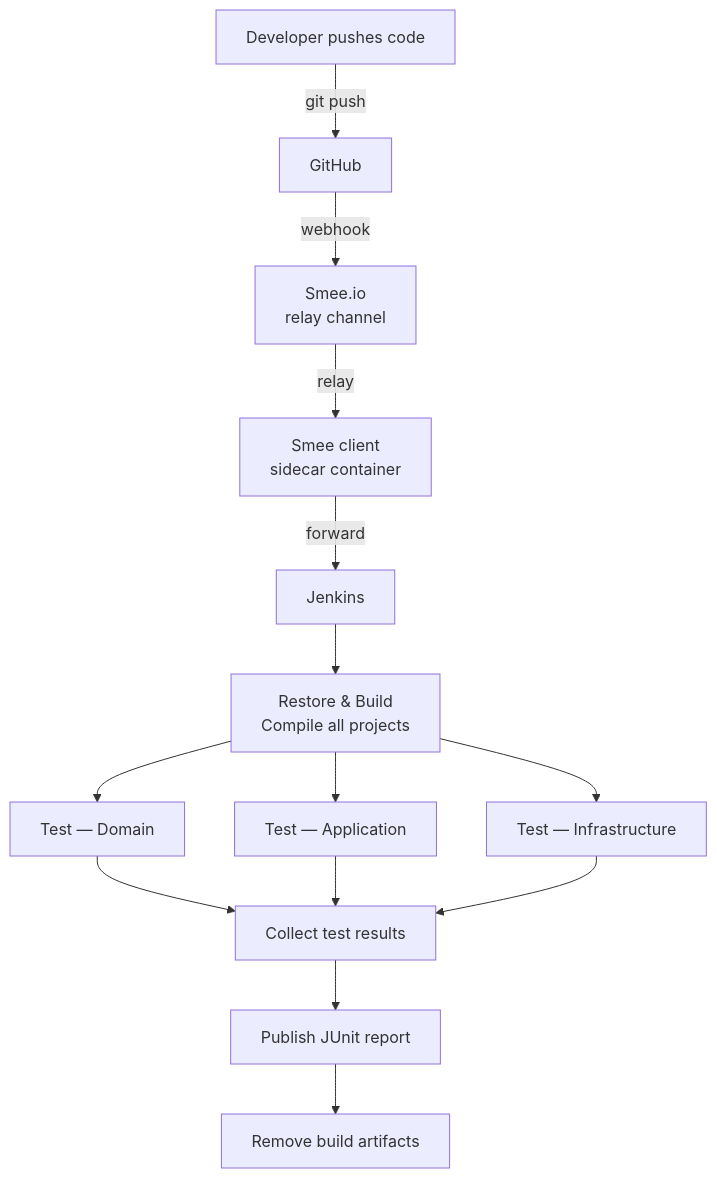
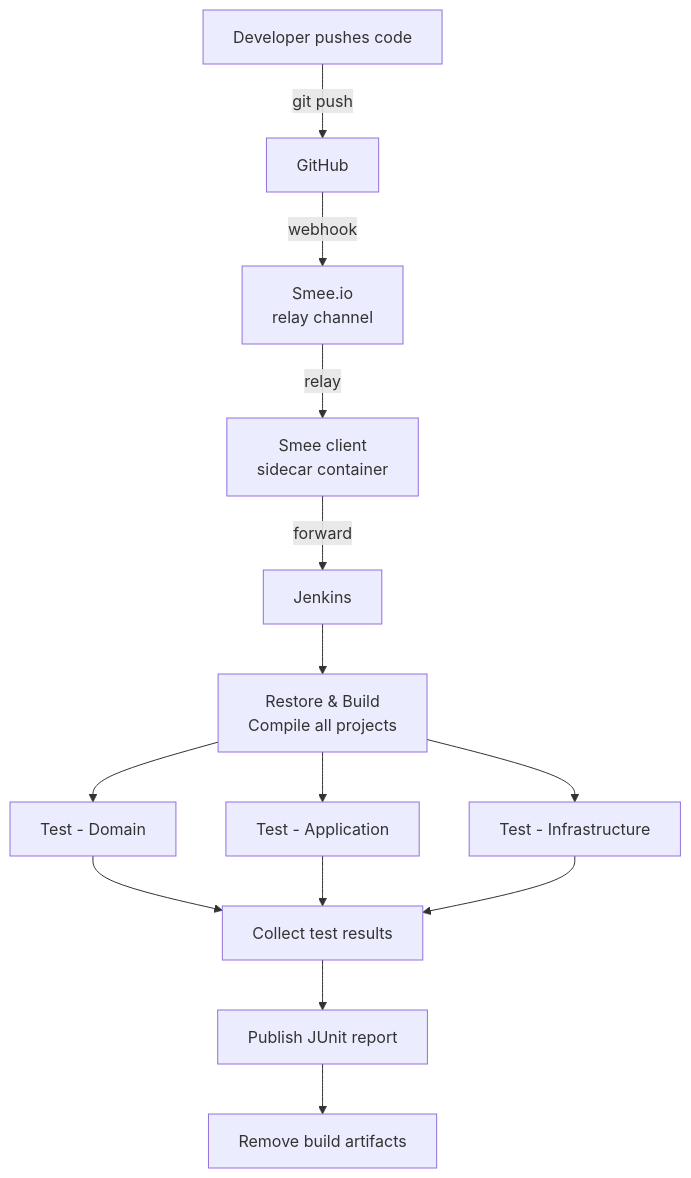
The first of 2 diagrams in docs/cicd-workflow-local-first.md (tuannamtruong/Gaku), drawn with Mermaid before and after one commit. The commit also changed other lines of this file and 2 other files, not shown here.

````diff
--- a/docs/cicd-workflow-local-first.md
+++ b/docs/cicd-workflow-local-first.md
@@ -5,29 +5,29 @@
 ```mermaid
 flowchart TD
     Dev["Developer pushes code"]
     GH["GitHub"]
     Smee["Smee.io\nrelay channel"]
     SmeeClient["Smee client\nsidecar container"]
     Jenkins["Jenkins"]
     Build["Restore & Build\nCompile all projects"]
-    TD["Test — Domain"]
-    TA["Test — Application"]
-    TI["Test — Infrastructure"]
+    TD["Test - Domain"]
+    TA["Test - Application"]
+    TI["Test - Infrastructure"]
     Copy["Collect test results"]
     JUnit["Publish JUnit report"]
     Cleanup["Remove build artifacts"]
 
     Dev -->|git push| GH
     GH -->|webhook| Smee
     Smee -->|relay| SmeeClient
     SmeeClient -->|forward| Jenkins
     Jenkins --> Build
     Build --> TD
     Build --> TA
     Build --> TI
     TD --> Copy
     TA --> Copy
     TI --> Copy
     Copy --> JUnit
     JUnit --> Cleanup
 ```
````
